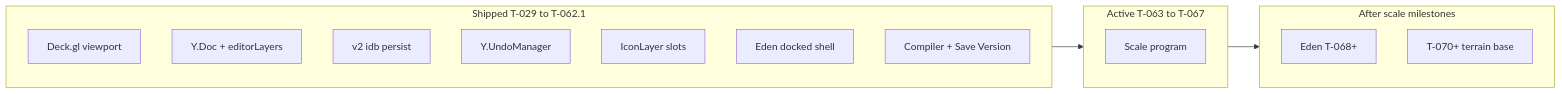
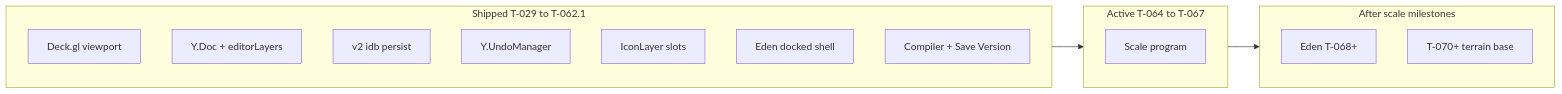
Before and after one commit to darkforce09/TBD_Website: the first of 2 diagrams in Design_Docs/Mission_Creator_Architecture/agent_execution.md, drawn with Mermaid. The commit also changed other lines of this file and 26 other files, not shown here.

````diff
--- a/Design_Docs/Mission_Creator_Architecture/agent_execution.md
+++ b/Design_Docs/Mission_Creator_Architecture/agent_execution.md
@@ -185,20 +185,20 @@
 ```mermaid
 flowchart LR
   subgraph shipped [Shipped T-029 to T-062.1]
     Deck["Deck.gl viewport"]
     YDoc["Y.Doc + editorLayers"]
     IDB["v2 idb persist"]
     Undo["Y.UndoManager"]
     Icons["IconLayer slots"]
     Shell["Eden docked shell"]
     Save["Compiler + Save Version"]
   end
-  subgraph active [Active T-063 to T-067]
+  subgraph active [Active T-064 to T-067]
     Scale["Scale program"]
   end
   subgraph later [After scale milestones]
     Eden["Eden T-068+"]
     Terrain["T-070+ terrain base"]
   end
   shipped --> active --> later
 ```
````
